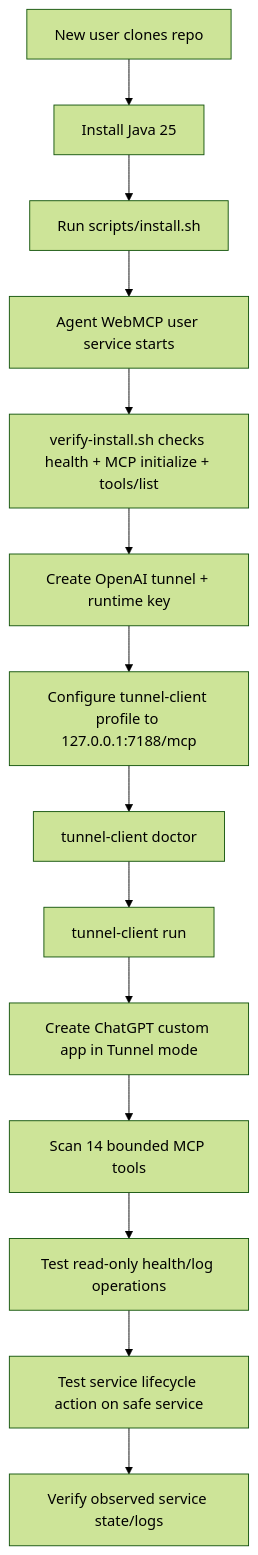
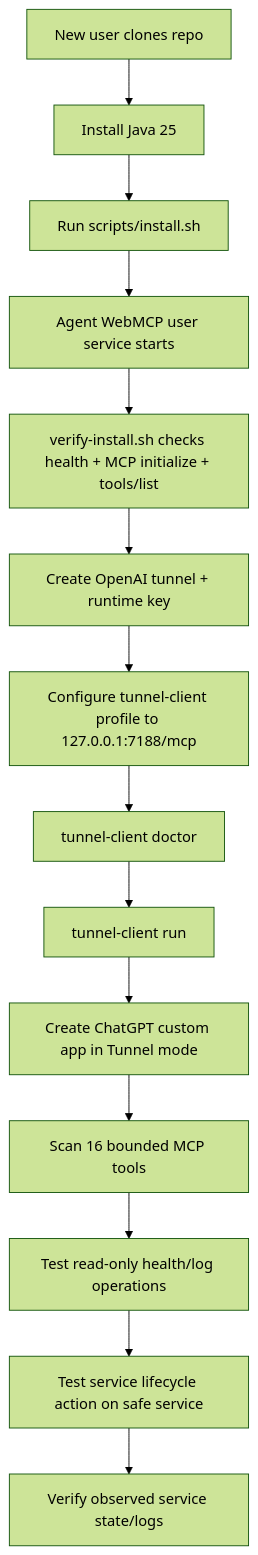
The seventh of 7 diagrams in README.md (tjXJNOOBIE/agent-webmcp), drawn with Mermaid (forest theme) before and after one commit. The commit also changed other lines of this file and 30 other files, not shown here.

````diff
--- a/README.md
+++ b/README.md
@@ -307,16 +309,16 @@
 ```mermaid
 flowchart TD
     A[New user clones repo] --> B[Install Java 25]
     B --> C[Run scripts/install.sh]
     C --> D[Agent WebMCP user service starts]
     D --> E[verify-install.sh checks health + MCP initialize + tools/list]
     E --> F[Create OpenAI tunnel + runtime key]
     F --> G[Configure tunnel-client profile to 127.0.0.1:7188/mcp]
     G --> H[tunnel-client doctor]
     H --> I[tunnel-client run]
     I --> J[Create ChatGPT custom app in Tunnel mode]
-    J --> K[Scan 14 bounded MCP tools]
+    J --> K[Scan 16 bounded MCP tools]
     K --> L[Test read-only health/log operations]
     L --> M[Test service lifecycle action on safe service]
     M --> N[Verify observed service state/logs]
 ```
````
